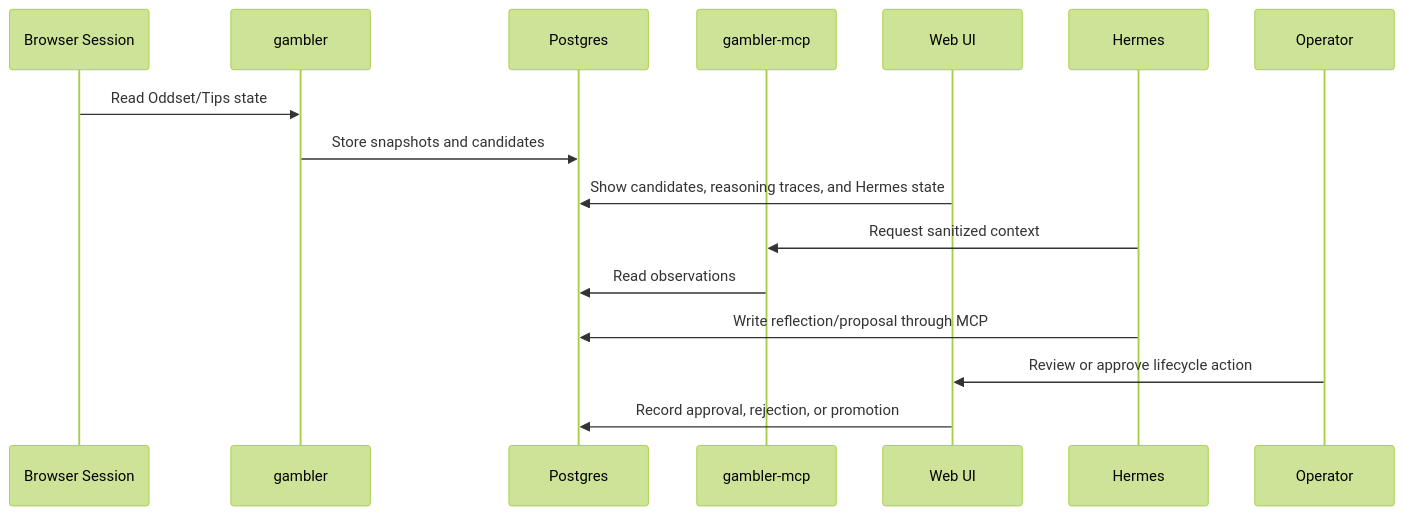
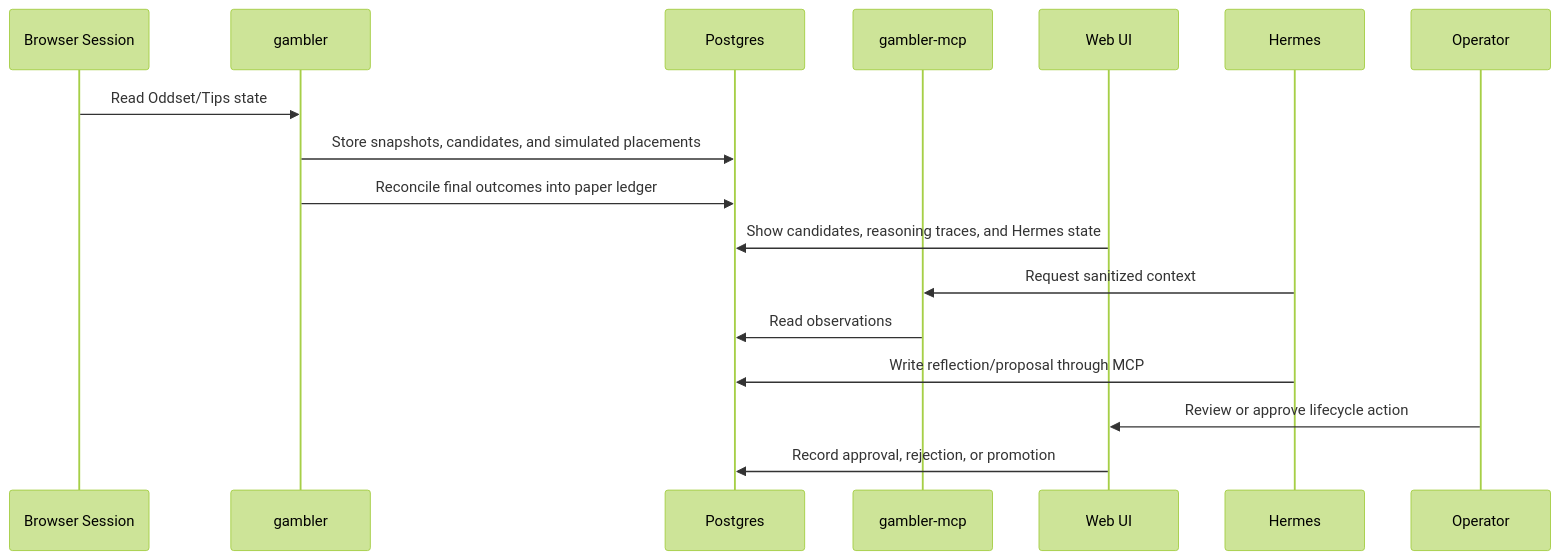
One commit to simonellefsen/danske-spil changed the diagram in docs/hermes-agent.md. Above: the diagram before and after it, drawn with Mermaid (forest theme). The commit also changed other lines of this file and 12 other files, not shown here.

````diff
--- a/docs/hermes-agent.md
+++ b/docs/hermes-agent.md
@@ -109,19 +112,20 @@
 ```mermaid
 sequenceDiagram
   participant B as Browser Session
   participant G as gambler
   participant DB as Postgres
   participant M as gambler-mcp
   participant UI as Web UI
   participant H as Hermes
   participant O as Operator
 
   B->>G: Read Oddset/Tips state
-  G->>DB: Store snapshots and candidates
+  G->>DB: Store snapshots, candidates, and simulated placements
+  G->>DB: Reconcile final outcomes into paper ledger
   UI->>DB: Show candidates, reasoning traces, and Hermes state
   H->>M: Request sanitized context
   M->>DB: Read observations
   H->>DB: Write reflection/proposal through MCP
   O->>UI: Review or approve lifecycle action
   UI->>DB: Record approval, rejection, or promotion
 ```
````
